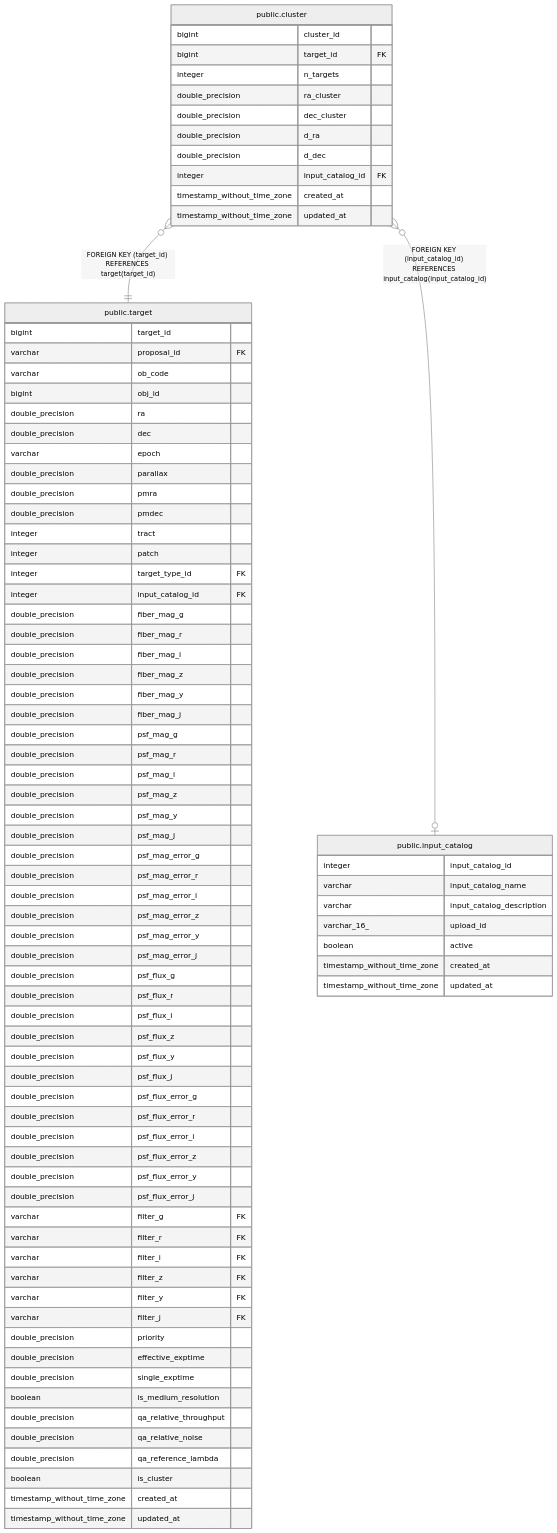
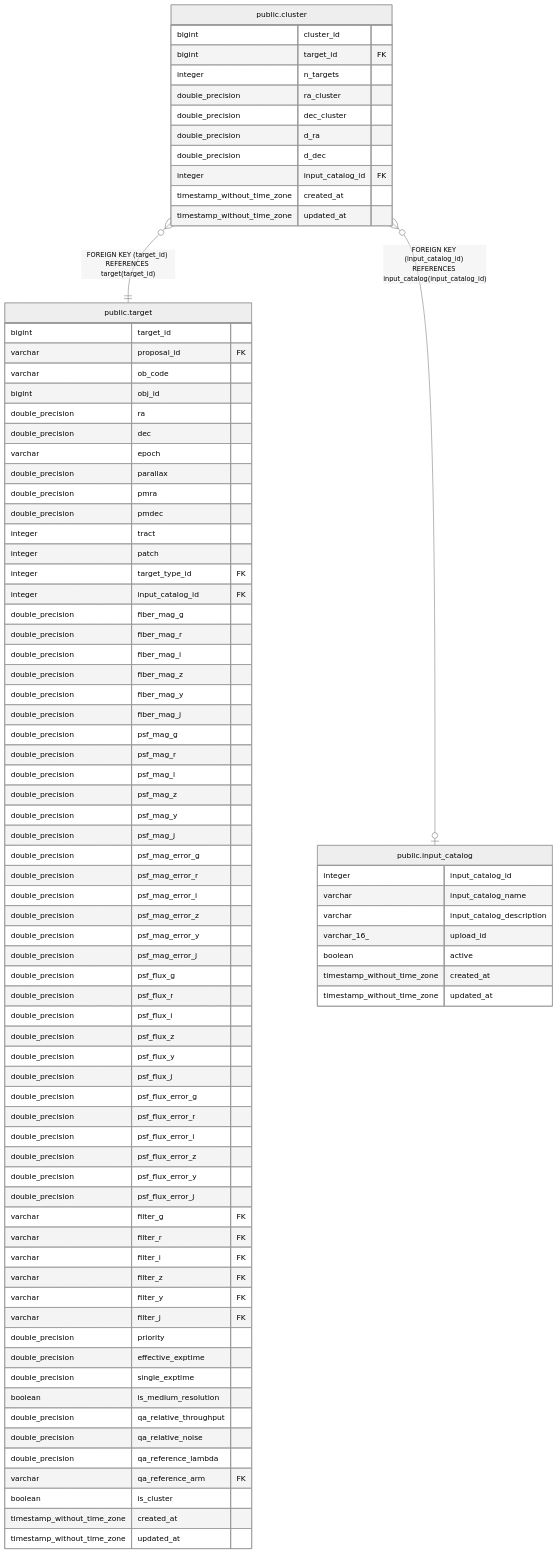
Before and after one commit to Subaru-PFS/ets_target_database: the diagram in docs/tbls/public.cluster.md, drawn with Mermaid (neutral theme). The commit also changed 9 other files, not shown here.

```diff
--- a/docs/tbls/public.cluster.md
+++ b/docs/tbls/public.cluster.md
@@ -109,6 +109,7 @@
   double_precision qa_relative_throughput
   double_precision qa_relative_noise
   double_precision qa_reference_lambda
+  varchar qa_reference_arm FK
   boolean is_cluster
   timestamp_without_time_zone created_at
   timestamp_without_time_zone updated_at
```
